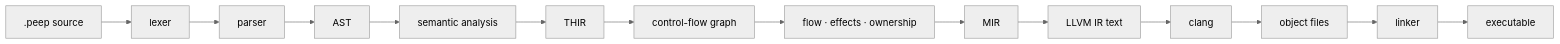
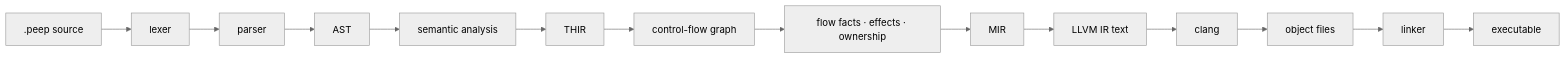
The first of 8 diagrams in Code-tour.md (PeeperLanguage/compiler), drawn with Mermaid (neutral theme) before and after one commit. The commit also changed other lines of this file and 49 other files, not shown here.

````diff
--- a/Code-tour.md
+++ b/Code-tour.md
@@ -16,16 +16,16 @@
 ```mermaid
 flowchart LR
     SRC[".peep source"] --> LEX[lexer]
     LEX --> PAR[parser]
     PAR --> AST[AST]
     AST --> SEM[semantic analysis]
     SEM --> THIR[THIR]
     THIR --> CFG[control-flow graph]
-    CFG --> ANA[flow · effects · ownership]
+    CFG --> ANA[flow facts · effects · ownership]
     ANA --> MIR[MIR]
     MIR --> LL["LLVM IR text"]
     LL --> CLANG["clang"]
     CLANG --> OBJ["object files"]
     OBJ --> LINK["linker"]
     LINK --> EXE["executable"]
 ```
````
